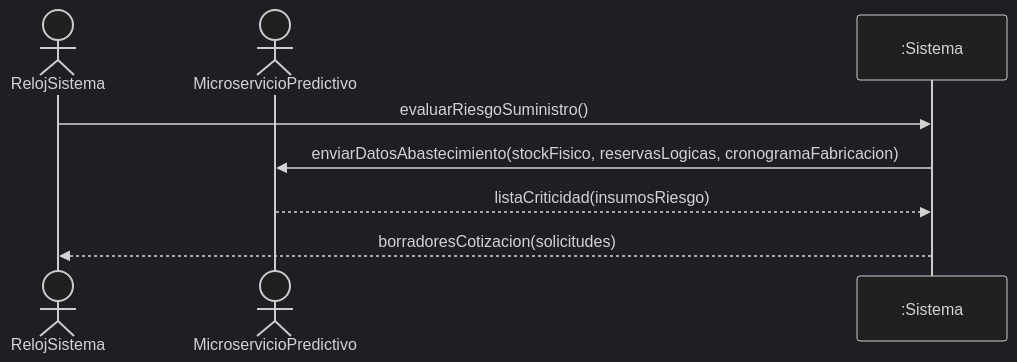
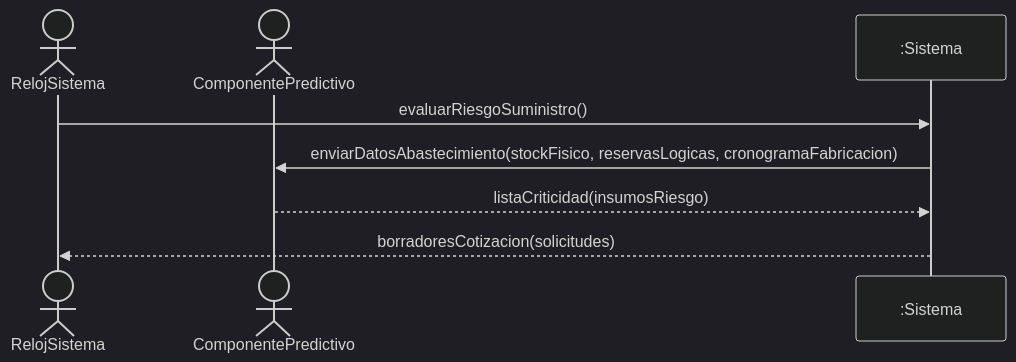
One commit to LisandroVenini/SIGPAP changed the third of 5 diagrams in docs/2-analisis/DSS/analisis-predictivo.md. Above: the diagram before and after it, drawn with Mermaid (dark theme). The commit also changed other lines of this file and 27 other files, not shown here.

````diff
--- a/docs/2-analisis/DSS/analisis-predictivo.md
+++ b/docs/2-analisis/DSS/analisis-predictivo.md
@@ -49,10 +49,10 @@
 ```mermaid
 sequenceDiagram
     actor Reloj as RelojSistema
-    actor Microservicio as MicroservicioPredictivo
+    actor Componente as ComponentePredictivo
     participant Sistema as :Sistema
     Reloj->>Sistema: evaluarRiesgoSuministro()
-    Sistema->>Microservicio: enviarDatosAbastecimiento(stockFisico, reservasLogicas, cronogramaFabricacion)
-    Microservicio-->>Sistema: listaCriticidad(insumosRiesgo)
+    Sistema->>Componente: enviarDatosAbastecimiento(stockFisico, reservasLogicas, cronogramaFabricacion)
+    Componente-->>Sistema: listaCriticidad(insumosRiesgo)
     Sistema-->>Reloj: borradoresCotizacion(solicitudes)
 ```
````
